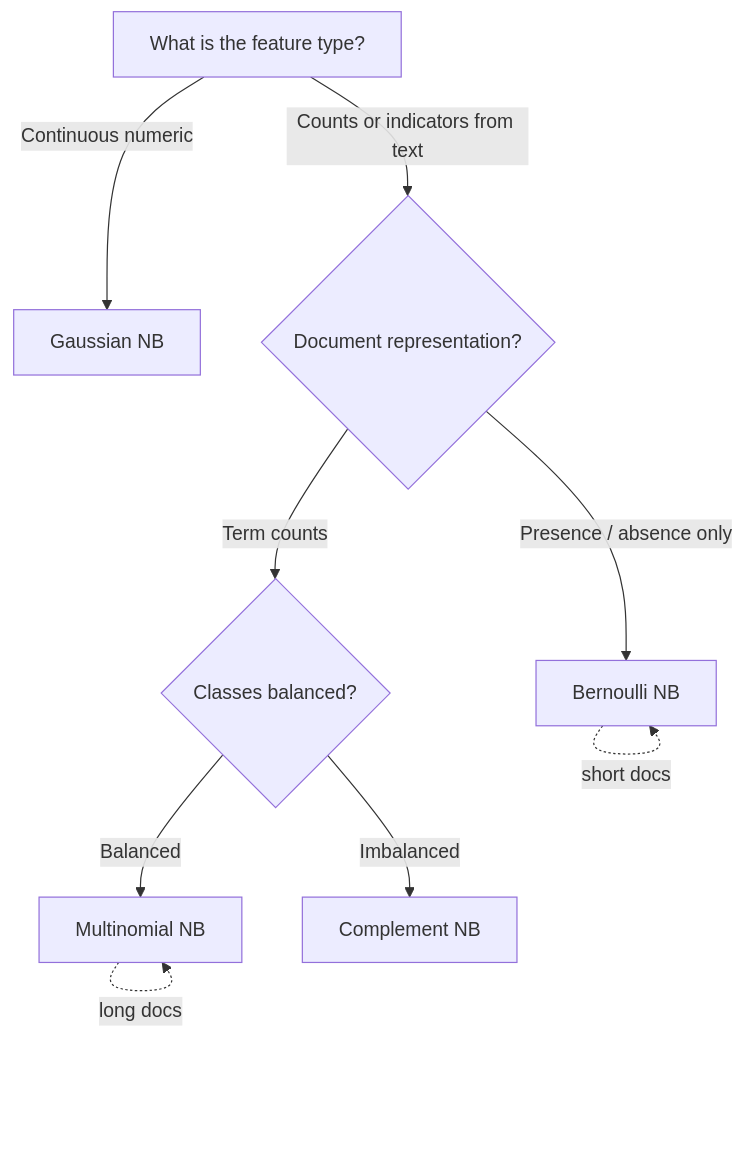
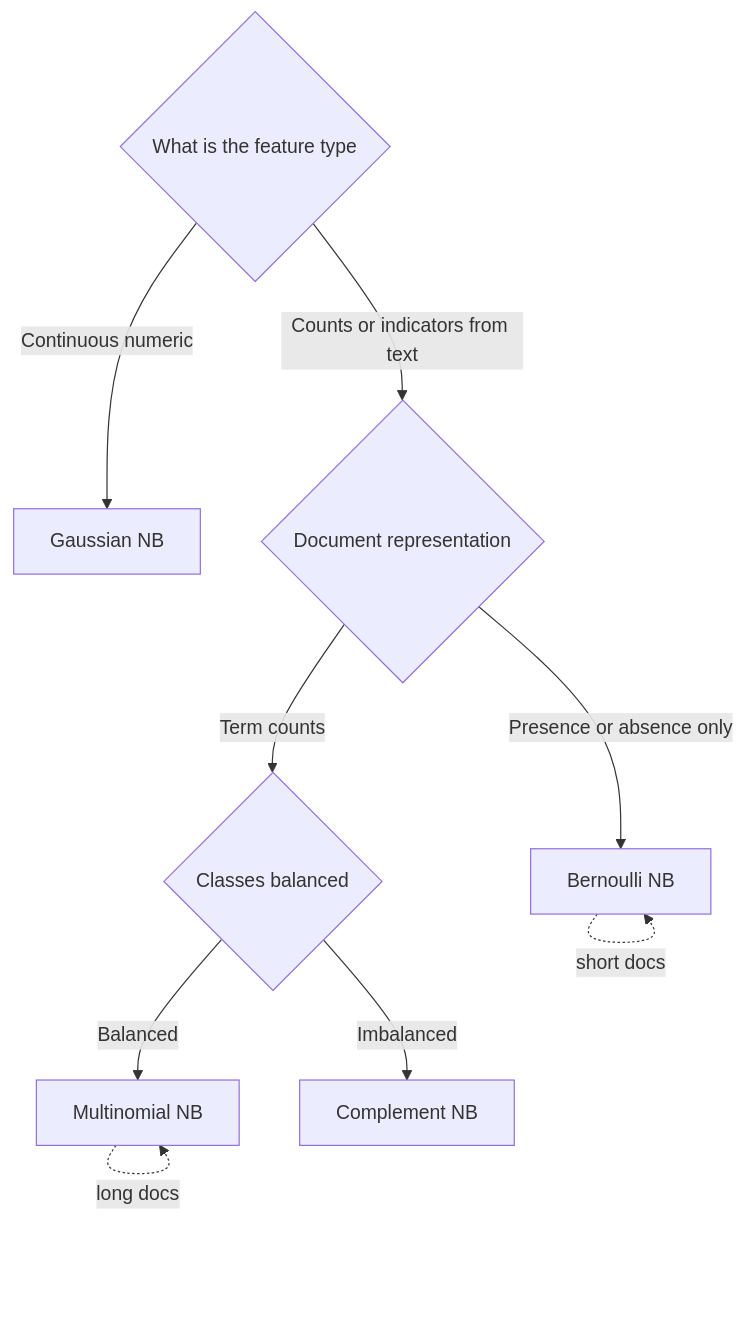
One commit to mikenguyen13/ai_in_action changed the first of 2 diagrams in 092-naive-bayes-variants-applications.qmd. Above: the diagram before and after it, drawn with Mermaid. The commit also changed other lines of this file and 52 other files, not shown here.

Commit message:
Fix Mermaid rendering in 22 chapters: remove ampersands and br tags from node labels, move detail to tables

````diff
--- a/092-naive-bayes-variants-applications.qmd
+++ b/092-naive-bayes-variants-applications.qmd
@@ -47,11 +47,11 @@
 ```{mermaid}
 flowchart TD
-    A[What is the feature type?] -->|Continuous numeric| B[Gaussian NB]
-    A -->|Counts or indicators from text| C{Document representation?}
-    C -->|Term counts| D{Classes balanced?}
-    C -->|Presence / absence only| E[Bernoulli NB]
-    D -->|Balanced| F[Multinomial NB]
-    D -->|Imbalanced| G[Complement NB]
+    A{"What is the feature type"} -->|Continuous numeric| B["Gaussian NB"]
+    A -->|Counts or indicators from text| C{"Document representation"}
+    C -->|Term counts| D{"Classes balanced"}
+    C -->|Presence or absence only| E["Bernoulli NB"]
+    D -->|Balanced| F["Multinomial NB"]
+    D -->|Imbalanced| G["Complement NB"]
     E -.short docs.-> E
     F -.long docs.-> F
 ```
````
